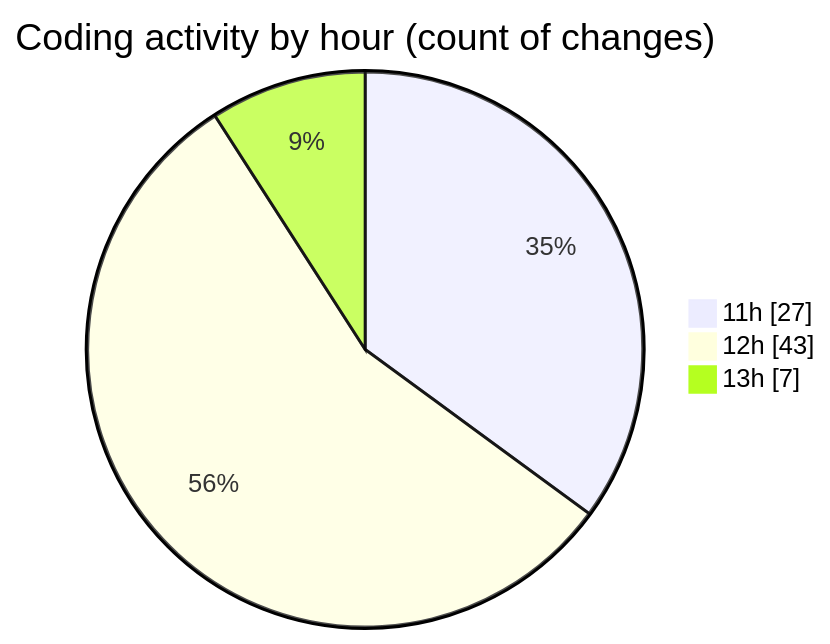
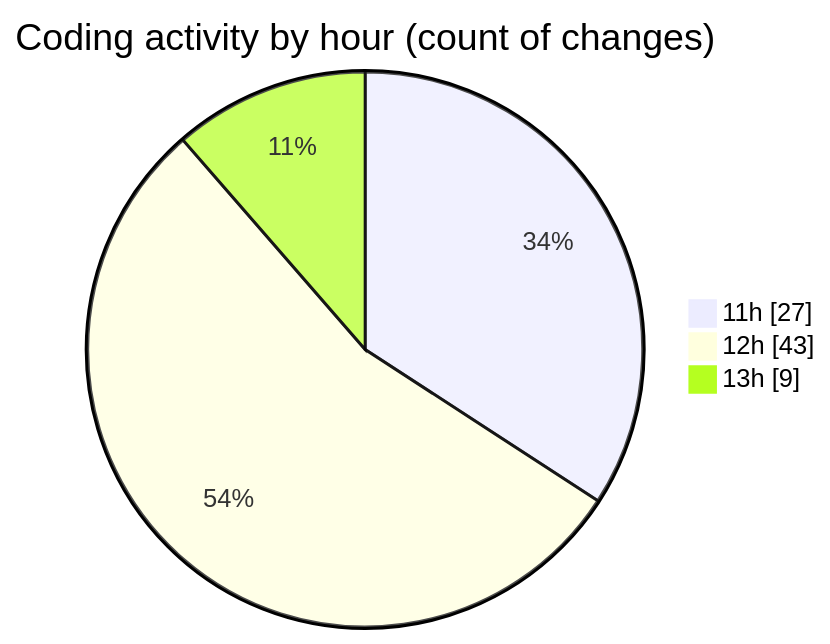
Before and after one commit to momahboobian/code-tracking: the second of 2 diagrams in 2026-01-05/cda/README.md, drawn with Mermaid. The commit also changed other lines of this file and 1 other file, not shown here.

````diff
--- a/2026-01-05/cda/README.md
+++ b/2026-01-05/cda/README.md
@@ -35,7 +35,7 @@
 ```mermaid
 pie showData
 title Coding activity by hour (count of changes)
 "11h" : 27
 "12h" : 43
-"13h" : 7
+"13h" : 9
 ```
````
